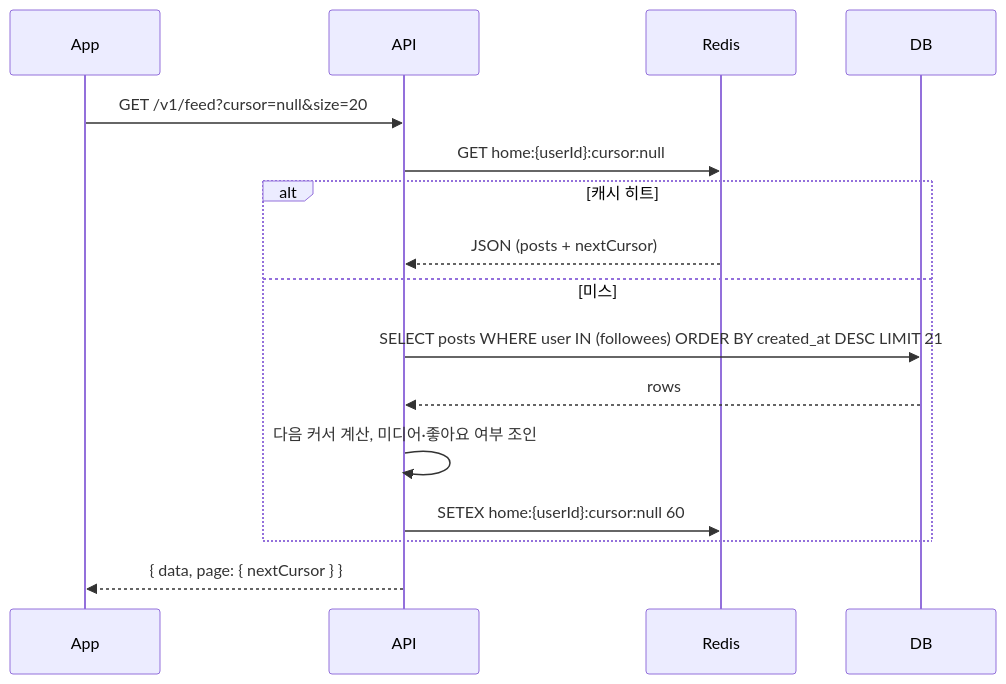
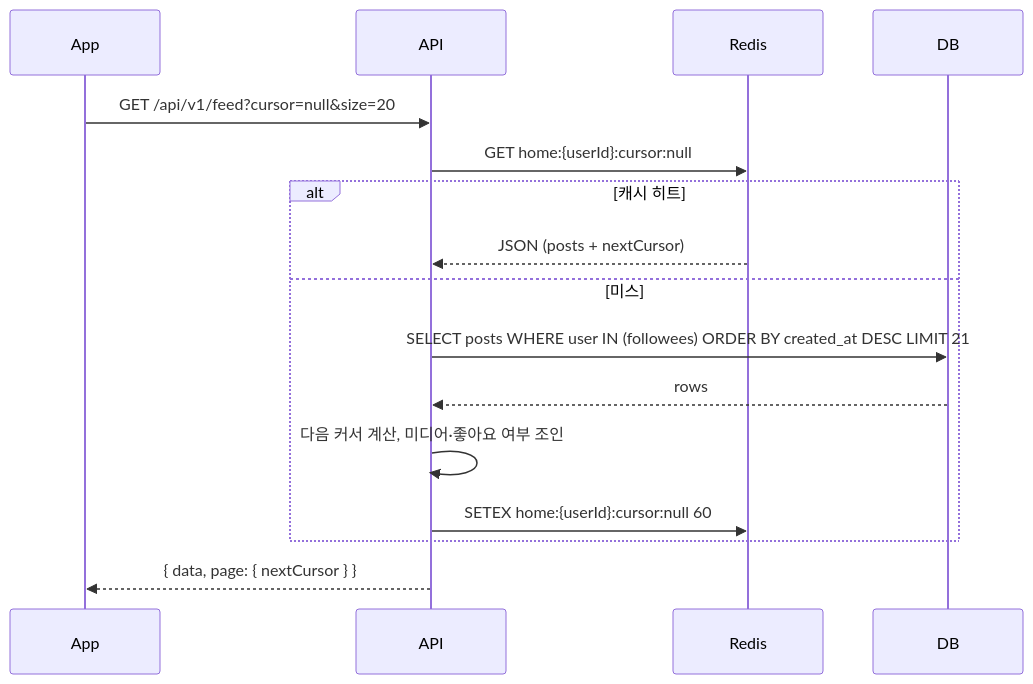
The second of 4 diagrams in docs/설계/sequence/feed.md (theo-ooooo/crimp), drawn with Mermaid before and after one commit. The commit also changed other lines of this file and 5 other files, not shown here.

````diff
--- a/docs/설계/sequence/feed.md
+++ b/docs/설계/sequence/feed.md
@@ -39,19 +39,19 @@
 ```mermaid
 sequenceDiagram
     participant App
     participant API
     participant Redis
     participant DB
 
-    App->>API: GET /v1/feed?cursor=null&size=20
+    App->>API: GET /api/v1/feed?cursor=null&size=20
     API->>Redis: GET home:{userId}:cursor:null
     alt 캐시 히트
         Redis-->>API: JSON (posts + nextCursor)
     else 미스
         API->>DB: SELECT posts WHERE user IN (followees) ORDER BY created_at DESC LIMIT 21
         DB-->>API: rows
         API->>API: 다음 커서 계산, 미디어·좋아요 여부 조인
         API->>Redis: SETEX home:{userId}:cursor:null 60
     end
     API-->>App: { data, page: { nextCursor } }
 ```
````
